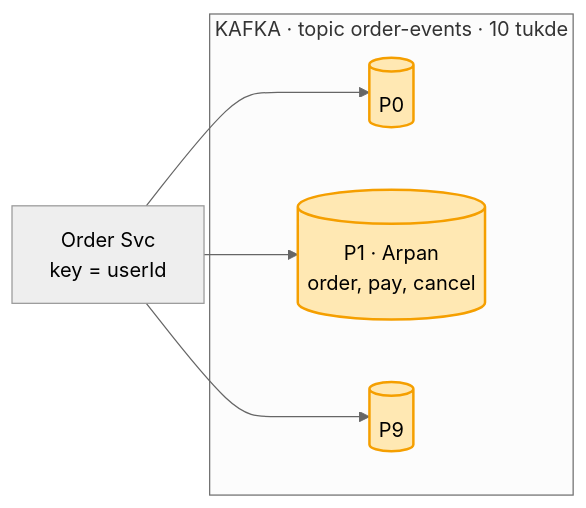
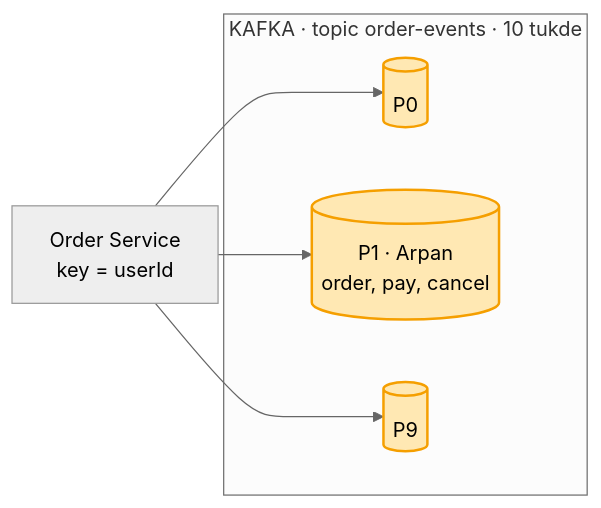
One commit to ArpanMaheshwari144/Prep changed the third of 8 diagrams in 04_HLD/SYSTEM_DESIGNS/12_message_queue_kafka/12_message_queue_kafka.md. Above: the diagram before and after it, drawn with Mermaid (neutral theme). The commit also changed other lines of this file and 8 other files, not shown here.

````diff
--- a/04_HLD/SYSTEM_DESIGNS/12_message_queue_kafka/12_message_queue_kafka.md
+++ b/04_HLD/SYSTEM_DESIGNS/12_message_queue_kafka/12_message_queue_kafka.md
@@ -118,12 +118,12 @@
 ```mermaid
 flowchart LR
-    O["Order Svc<br/>key = userId"] --> P0 & P1 & P9
+    O["Order Service<br/>key = userId"] --> P0 & P1 & P9
     subgraph T["KAFKA · topic order-events · 10 tukde"]
         P0[("P0")]
         P1[("P1 · Arpan<br/>order, pay, cancel")]
         P9[("P9")]
     end
     style P0 fill:#ffe8b3,stroke:#f59f00,stroke-width:2px,color:#000
     style P1 fill:#ffe8b3,stroke:#f59f00,stroke-width:2px,color:#000
     style P9 fill:#ffe8b3,stroke:#f59f00,stroke-width:2px,color:#000
 ```
````
